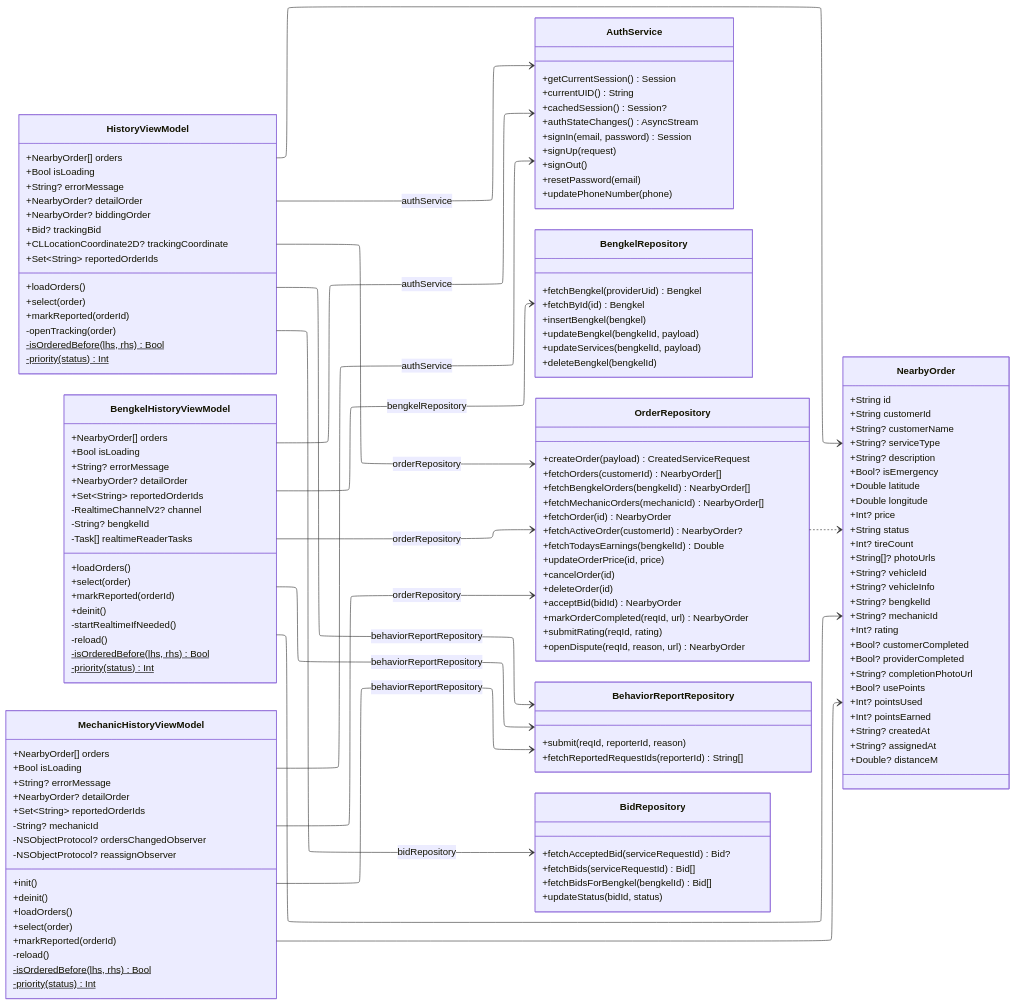
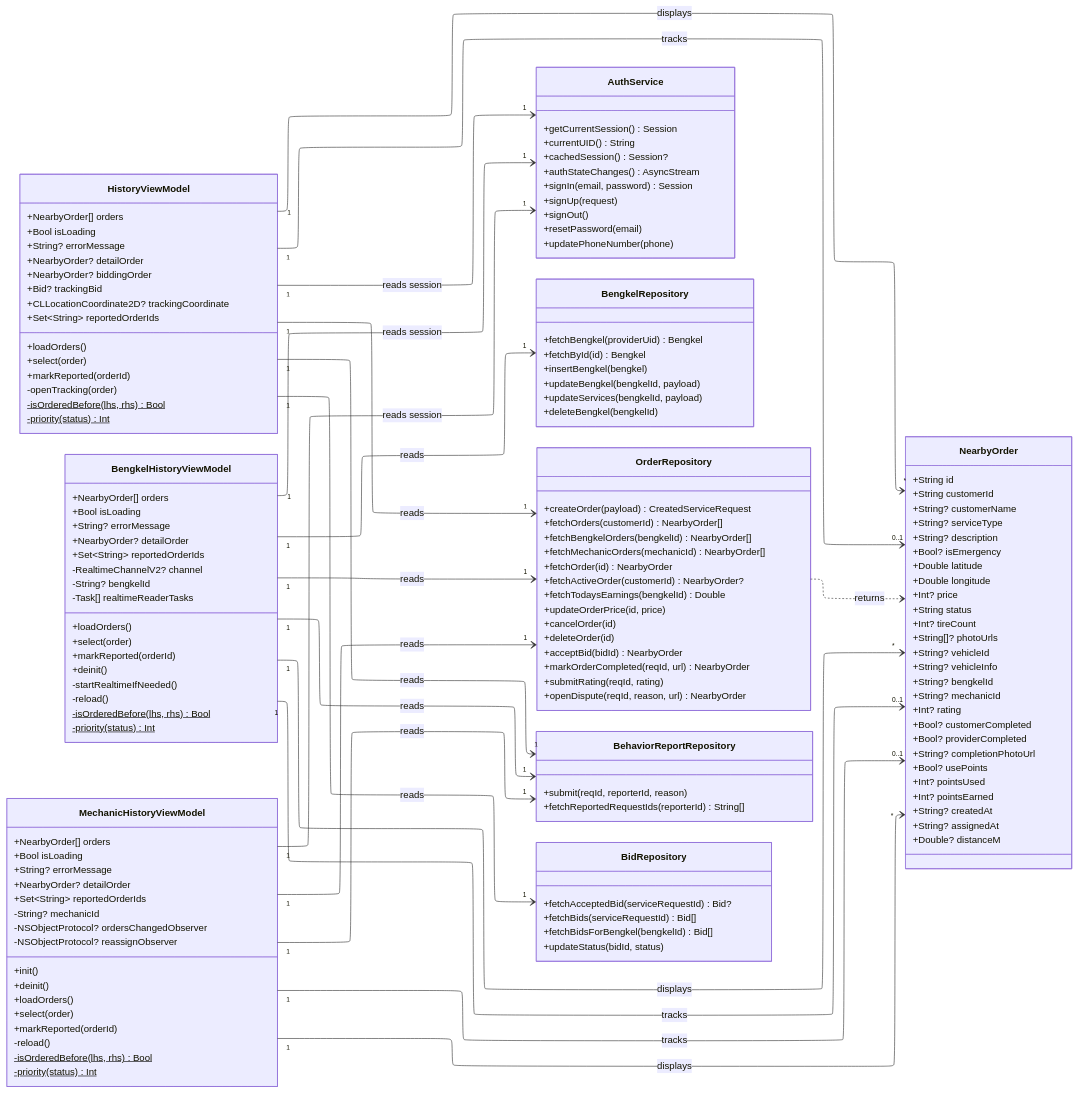
One commit to rei-soemanto/BengkelIn_SE changed diagram 11 of 12 in diagram/feature-class-diagrams.md. Above: the diagram before and after it, drawn with Mermaid. The commit also changed other lines of this file and 12 other files, not shown here.

Commit message:
more accurate full class diagram

````diff
--- a/diagram/feature-class-diagrams.md
+++ b/diagram/feature-class-diagrams.md
@@ -1871,20 +1906,23 @@
         +updateStatus(bidId, status)
     }
 
-    HistoryViewModel --> OrderRepository : orderRepository
-    HistoryViewModel --> BidRepository : bidRepository
-    HistoryViewModel --> BehaviorReportRepository : behaviorReportRepository
-    HistoryViewModel --> AuthService : authService
-    HistoryViewModel --> NearbyOrder
-    BengkelHistoryViewModel --> OrderRepository : orderRepository
-    BengkelHistoryViewModel --> BengkelRepository : bengkelRepository
-    BengkelHistoryViewModel --> BehaviorReportRepository : behaviorReportRepository
-    BengkelHistoryViewModel --> AuthService : authService
-    BengkelHistoryViewModel --> NearbyOrder
-    MechanicHistoryViewModel --> OrderRepository : orderRepository
-    MechanicHistoryViewModel --> BehaviorReportRepository : behaviorReportRepository
-    MechanicHistoryViewModel --> AuthService : authService
-    MechanicHistoryViewModel --> NearbyOrder
-    OrderRepository ..> NearbyOrder
+    HistoryViewModel "1" --> "1" OrderRepository : reads
+    HistoryViewModel "1" --> "1" BidRepository : reads
+    HistoryViewModel "1" --> "1" BehaviorReportRepository : reads
+    HistoryViewModel "1" --> "1" AuthService : reads session
+    HistoryViewModel "1" --> "*" NearbyOrder : displays
+    HistoryViewModel "1" --> "0..1" NearbyOrder : tracks
+    BengkelHistoryViewModel "1" --> "1" OrderRepository : reads
+    BengkelHistoryViewModel "1" --> "1" BengkelRepository : reads
+    BengkelHistoryViewModel "1" --> "1" BehaviorReportRepository : reads
+    BengkelHistoryViewModel "1" --> "1" AuthService : reads session
+    BengkelHistoryViewModel "1" --> "*" NearbyOrder : displays
+    BengkelHistoryViewModel "1" --> "0..1" NearbyOrder : tracks
+    MechanicHistoryViewModel "1" --> "1" OrderRepository : reads
+    MechanicHistoryViewModel "1" --> "1" BehaviorReportRepository : reads
+    MechanicHistoryViewModel "1" --> "1" AuthService : reads session
+    MechanicHistoryViewModel "1" --> "*" NearbyOrder : displays
+    MechanicHistoryViewModel "1" --> "0..1" NearbyOrder : tracks
+    OrderRepository ..> NearbyOrder : returns
 
 ```
````
